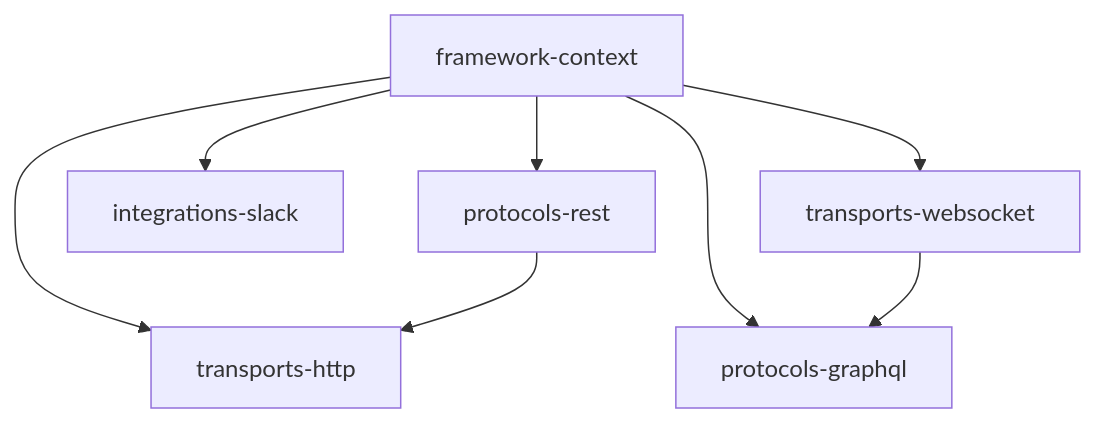
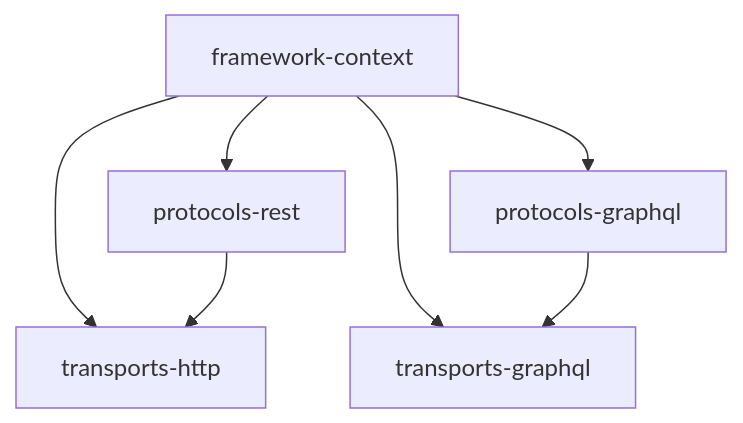
The first of 2 diagrams in README.md (croco-dev/framework), drawn with Mermaid before and after one commit. The commit also changed other lines of this file and 369 other files, not shown here.

````diff
--- a/README.md
+++ b/README.md
@@ -24,14 +44,13 @@
 ```mermaid
 flowchart TD
   frameworkContext[framework-context]
 
   frameworkContext --> protocolsRest[protocols-rest]
   frameworkContext --> protocolsGraphql[protocols-graphql]
-  frameworkContext --> integrationsSlack[integrations-slack]
 
   frameworkContext --> transportsHttp[transports-http]
-  frameworkContext --> transportsWebsocket[transports-websocket]
+  frameworkContext --> transportsGraphql[transports-graphql]
 
   protocolsRest --> transportsHttp
-  transportsWebsocket --> protocolsGraphql
+  protocolsGraphql --> transportsGraphql
 ```
````
